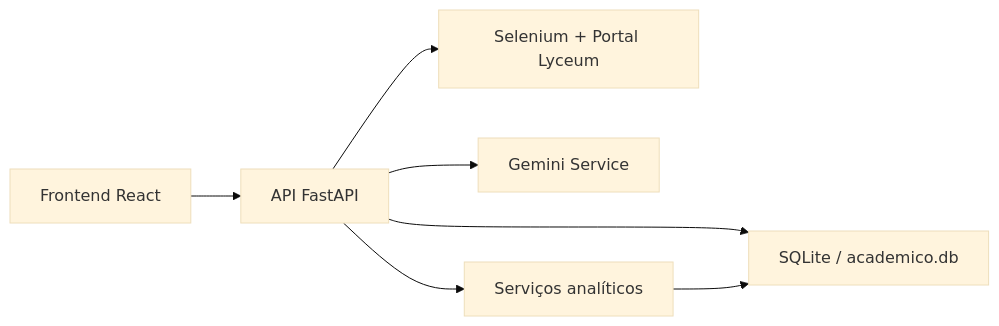
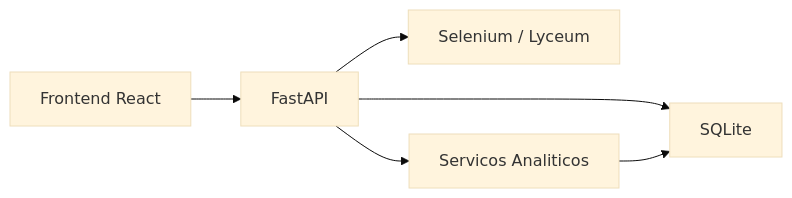
Before and after one commit to guicarvalhal8/SIMA: the diagram in DOCUMENTACAO_TECNICA.md, drawn with Mermaid (base theme). The commit also changed other lines of this file and 2 other files, not shown here.

````diff
--- a/DOCUMENTACAO_TECNICA.md
+++ b/DOCUMENTACAO_TECNICA.md
@@ -156,9 +83,8 @@
 ```mermaid
 flowchart LR
-    A["Frontend React"] --> B["API FastAPI"]
-    B --> C["SQLite / academico.db"]
-    B --> D["Selenium + Portal Lyceum"]
-    B --> E["Gemini Service"]
-    B --> F["Serviços analíticos"]
-    F --> C
+    A["Frontend React"] --> B["FastAPI"]
+    B --> C["SQLite"]
+    B --> D["Selenium / Lyceum"]
+    B --> E["Servicos Analiticos"]
+    E --> C
 ```
````
